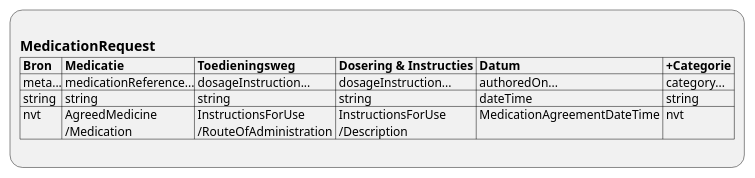
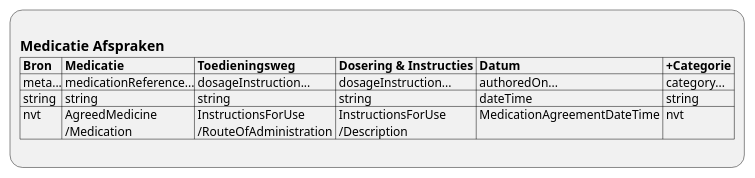
Before and after one commit to RIVO-Noord/zorgviewer-ig: the diagram in input/images-source/ViewDefinition-MedicationRequest.plantuml, drawn with PlantUML. The commit also changed 18 other files, not shown here.

```diff
--- a/input/images-source/ViewDefinition-MedicationRequest.plantuml
+++ b/input/images-source/ViewDefinition-MedicationRequest.plantuml
@@ -1,9 +1,9 @@
 @startuml ViewDefinition-MedicationRequest
 :
-== MedicationRequest
+== Medicatie Afspraken
 |= Bron |= Medicatie |= Toedieningsweg |= Dosering & Instructies |= Datum |= +Categorie |
 | meta...| medicationReference...| dosageInstruction...| dosageInstruction...| authoredOn...| category...|
 | string | string | string | string | dateTime | string |
 | nvt | AgreedMedicine\n /Medication | InstructionsForUse\n /RouteOfAdministration | InstructionsForUse\n /Description | MedicationAgreementDateTime | nvt |
 ;
 @enduml
```
